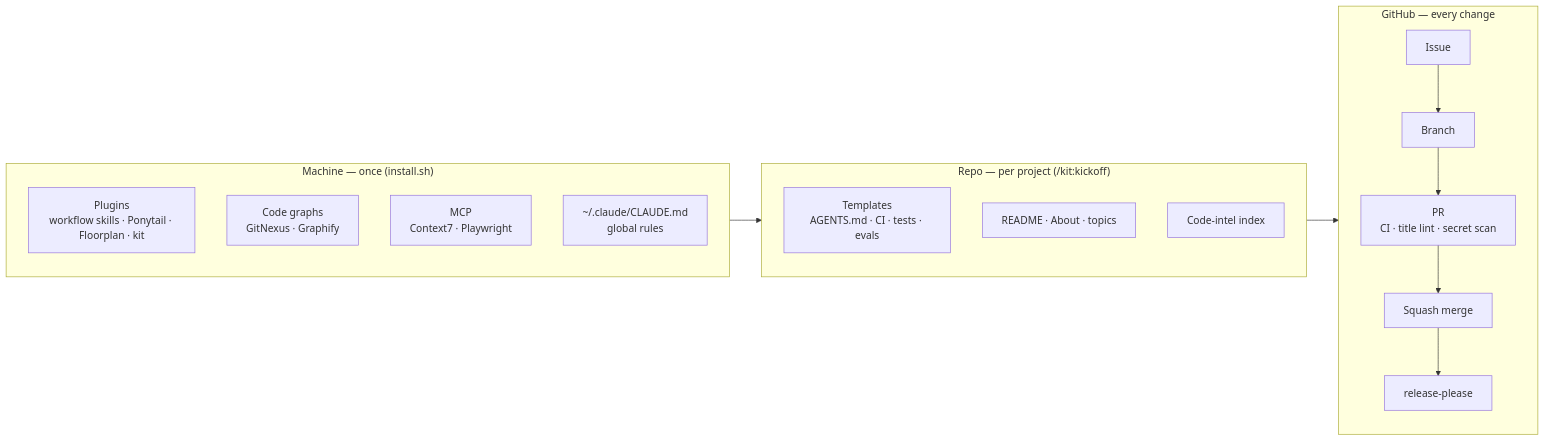
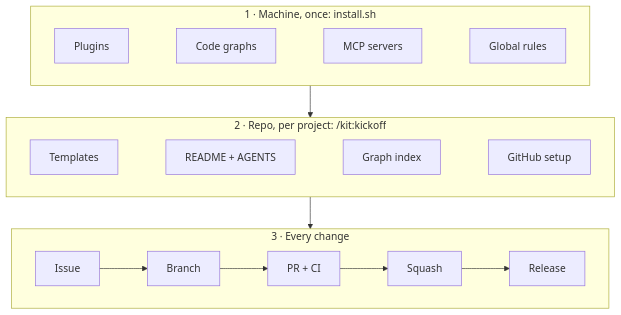
Before and after one commit to enzo-thuilliez/my-starter-kit: the diagram in README.md, drawn with Mermaid. The commit also changed other lines of this file and 27 other files, not shown here.

````diff
--- a/README.md
+++ b/README.md
@@ -28,18 +28,16 @@
 ```mermaid
-flowchart LR
-    subgraph machine["Machine — once (install.sh)"]
-        plugins["Plugins<br/>workflow skills · Ponytail · Floorplan · kit"]
-        intel["Code graphs<br/>GitNexus · Graphify"]
-        mcp["MCP<br/>Context7 · Playwright"]
-        rules["~/.claude/CLAUDE.md<br/>global rules"]
+flowchart TB
+    subgraph machine["1 · Machine, once: install.sh"]
+        direction LR
+        plugins["Plugins"] ~~~ graphs["Code graphs"] ~~~ mcp["MCP servers"] ~~~ rules["Global rules"]
     end
-    subgraph repo["Repo — per project (/kit:kickoff)"]
-        tpl["Templates<br/>AGENTS.md · CI · tests · evals"]
-        docs["README · About · topics"]
-        index["Code-intel index"]
+    subgraph repo["2 · Repo, per project: /kit:kickoff"]
+        direction LR
+        tpl["Templates"] ~~~ docs["README + AGENTS"] ~~~ index["Graph index"] ~~~ gh["GitHub setup"]
     end
-    subgraph gh["GitHub — every change"]
-        issue["Issue"] --> branch["Branch"] --> pr["PR<br/>CI · title lint · secret scan"] --> squash["Squash merge"] --> release["release-please"]
+    subgraph flow["3 · Every change"]
+        direction LR
+        issue["Issue"] --> branch["Branch"] --> pr["PR + CI"] --> merge["Squash"] --> release["Release"]
     end
-    machine --> repo --> gh
+    machine --> repo --> flow
 ```
````
